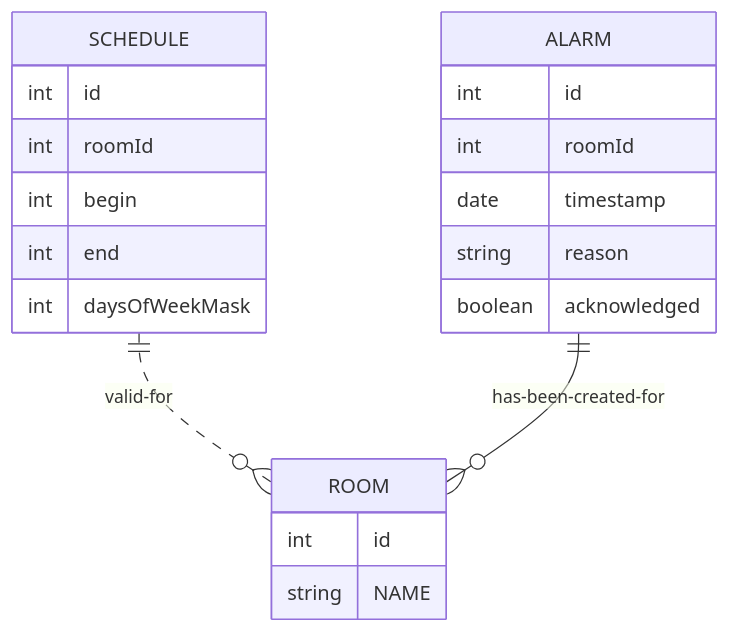
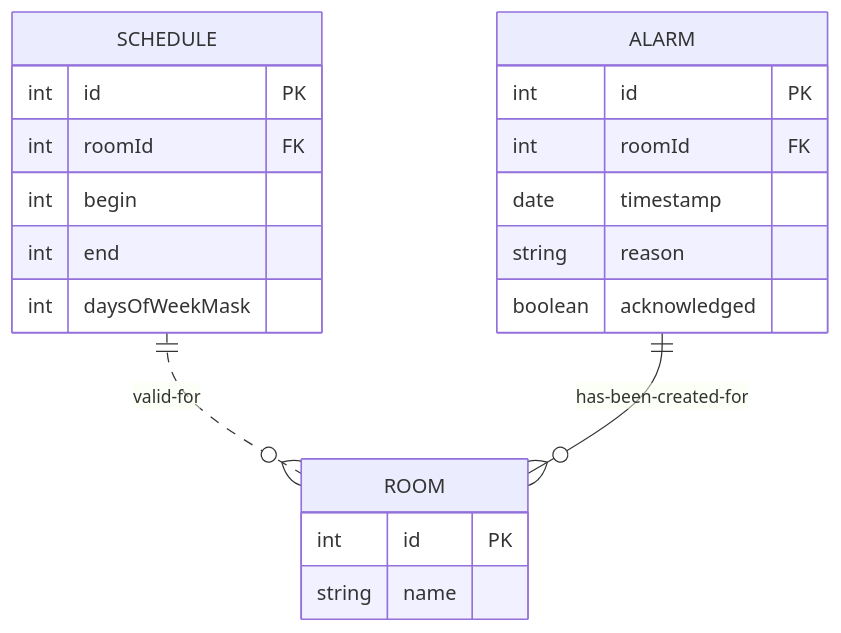
One commit to sciotaio/alarmservice-spring changed the second of 4 diagrams in doc/doc.md. Above: the diagram before and after it, drawn with Mermaid. The commit also changed other lines of this file and 1 other file, not shown here.

Commit message:
doc, cleanup

````diff
--- a/doc/doc.md
+++ b/doc/doc.md
@@ -32,28 +32,28 @@
 ```mermaid
 erDiagram
 
     SCHEDULE {
-        int id
-        int roomId
+        int id PK
+        int roomId FK
         int begin
         int end
         int daysOfWeekMask
     }
 
     ROOM {
-        int id
-        string NAME
+        int id PK
+        string name
     }
 
     ALARM {
-        int id
-        int roomId
+        int id PK
+        int roomId FK
         date timestamp
         string reason
         boolean acknowledged
     }
 
     SCHEDULE ||..o{ ROOM : valid-for
     ALARM ||--o{ ROOM : has-been-created-for
     
 ```
````
